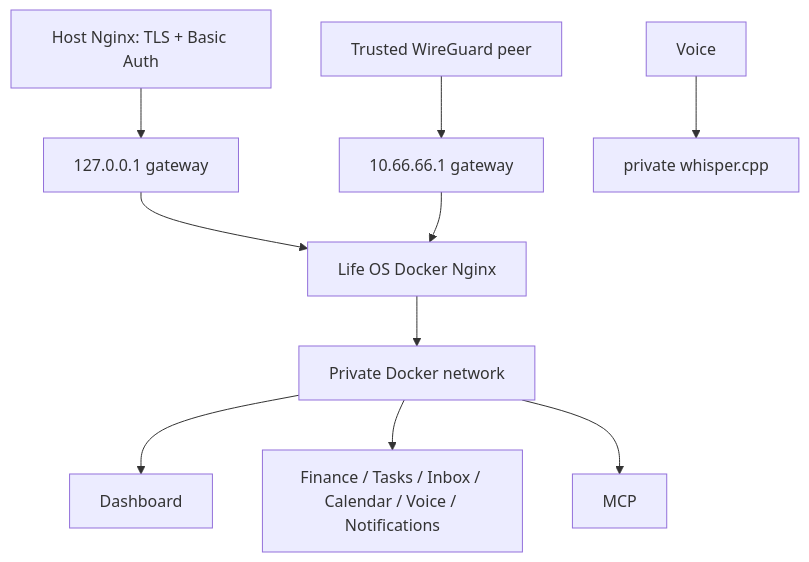
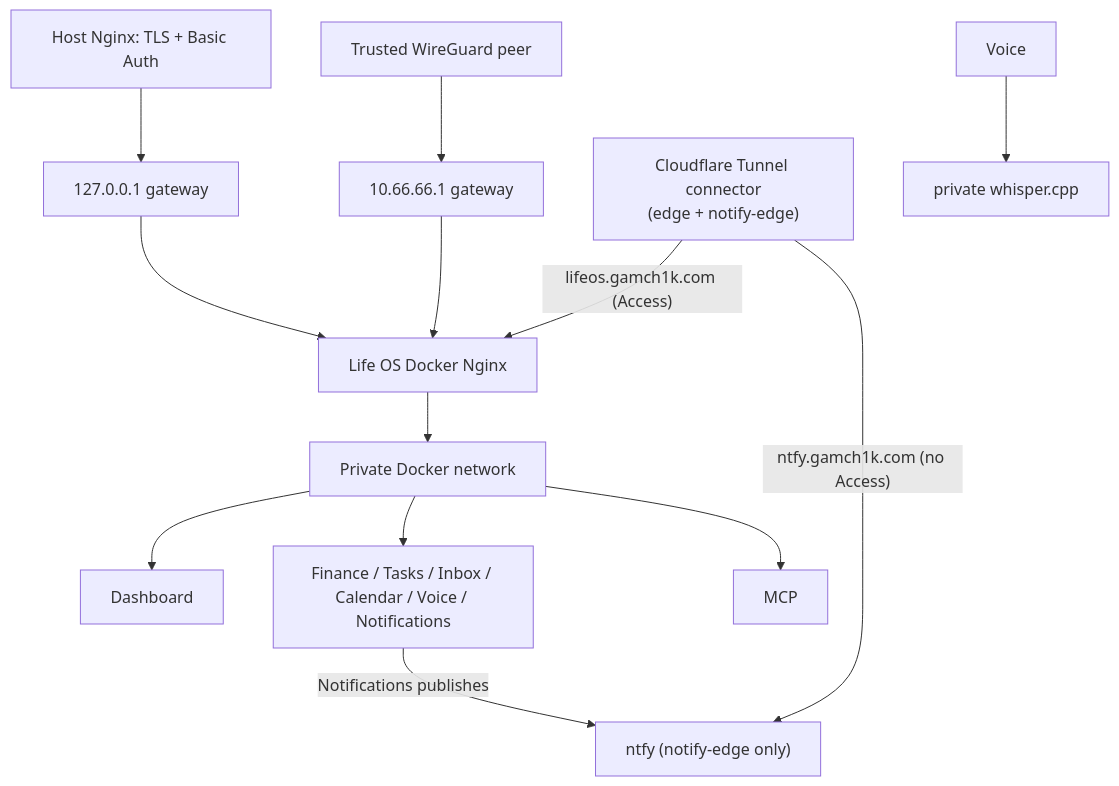
Before and after one commit to GAMch1k/life-os: the diagram in docs/architecture/networking.md, drawn with Mermaid. The commit also changed other lines of this file and 6 other files, not shown here.

First line of the commit message:
P12-02 document ntfy, its route, and the gateway host list

````diff
--- a/docs/architecture/networking.md
+++ b/docs/architecture/networking.md
@@ -3,12 +3,15 @@
 ```mermaid
 flowchart TB
  Host[Host Nginx: TLS + Basic Auth] --> Loopback[127.0.0.1 gateway]
  WireGuard[Trusted WireGuard peer] --> WGGateway[10.66.66.1 gateway]
+ Tunnel["Cloudflare Tunnel connector<br>(edge + notify-edge)"] -- "lifeos.gamch1k.com (Access)" --> Gateway
  Loopback --> Gateway[Life OS Docker Nginx]
  WGGateway --> Gateway
  Gateway --> Private[Private Docker network]
  Private --> Dashboard
  Private --> APIs[Finance / Tasks / Inbox / Calendar / Voice / Notifications]
  Private --> MCP
  Voice --> Whisper[private whisper.cpp]
+ Tunnel -- "ntfy.gamch1k.com (no Access)" --> Ntfy["ntfy (notify-edge only)"]
+ APIs -- "Notifications publishes" --> Ntfy
 ```
````
